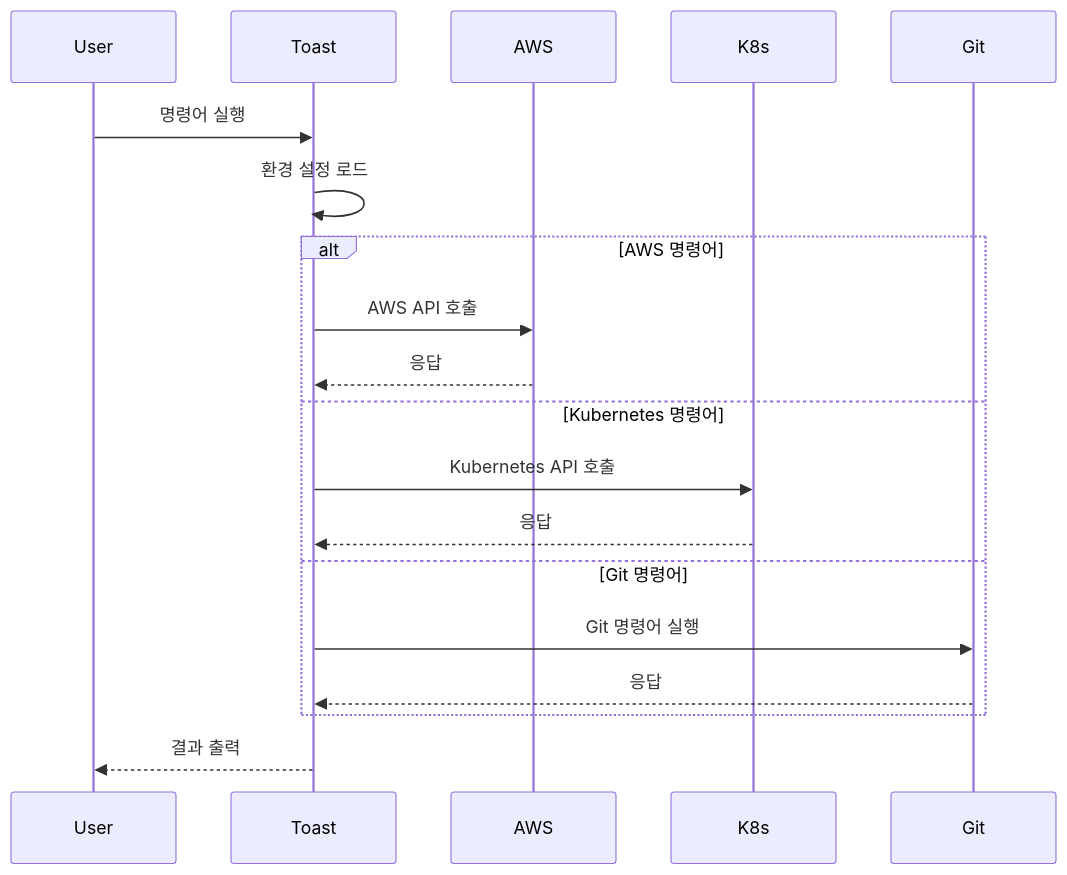
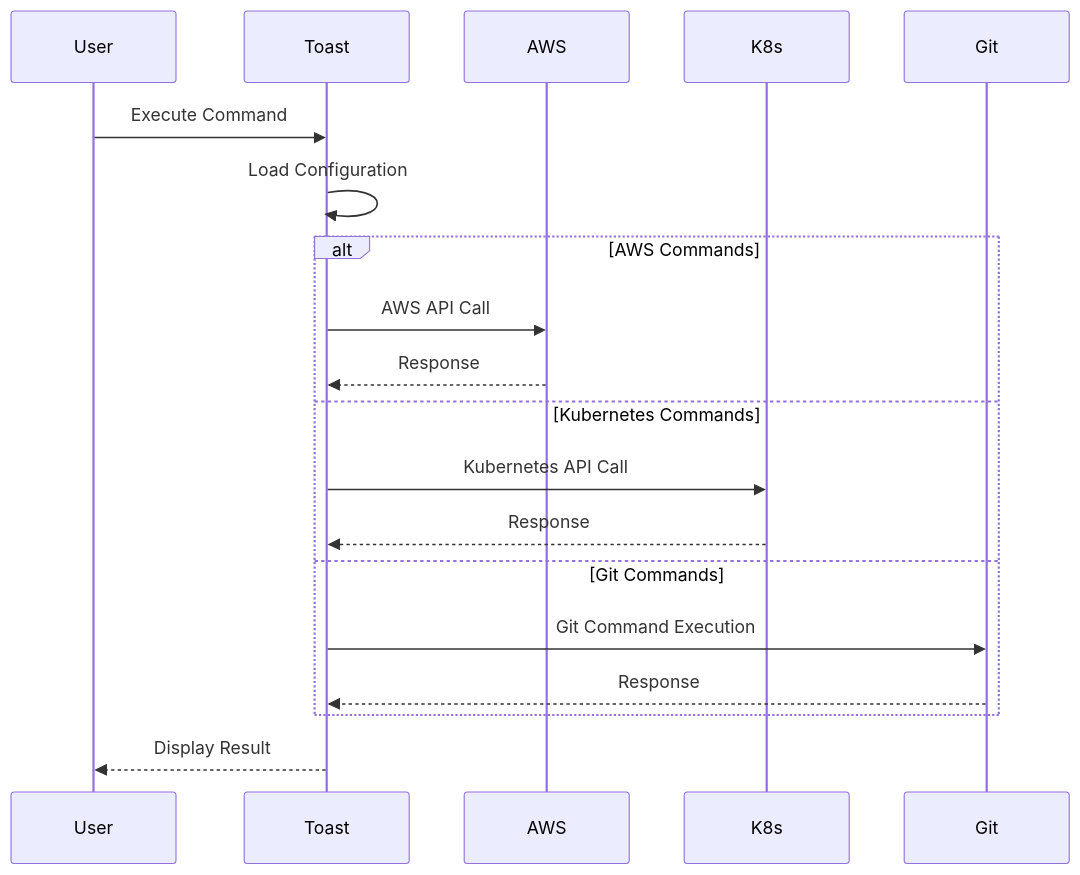
Before and after one commit to opspresso/toaster: the second of 2 diagrams in ARCHITECTURE.md, drawn with Mermaid. The commit also changed other lines of this file and 2 other files, not shown here.

````diff
--- a/ARCHITECTURE.md
+++ b/ARCHITECTURE.md
@@ -83,24 +83,24 @@
 ```mermaid
 sequenceDiagram
     participant User
     participant Toast
     participant AWS
     participant K8s
     participant Git
 
-    User->>Toast: 명령어 실행
-    Toast->>Toast: 환경 설정 로드
+    User->>Toast: Execute Command
+    Toast->>Toast: Load Configuration
 
-    alt AWS 명령어
-        Toast->>AWS: AWS API 호출
-        AWS-->>Toast: 응답
-    else Kubernetes 명령어
-        Toast->>K8s: Kubernetes API 호출
-        K8s-->>Toast: 응답
-    else Git 명령어
-        Toast->>Git: Git 명령어 실행
-        Git-->>Toast: 응답
+    alt AWS Commands
+        Toast->>AWS: AWS API Call
+        AWS-->>Toast: Response
+    else Kubernetes Commands
+        Toast->>K8s: Kubernetes API Call
+        K8s-->>Toast: Response
+    else Git Commands
+        Toast->>Git: Git Command Execution
+        Git-->>Toast: Response
     end
 
-    Toast-->>User: 결과 출력
+    Toast-->>User: Display Result
 ```
````
